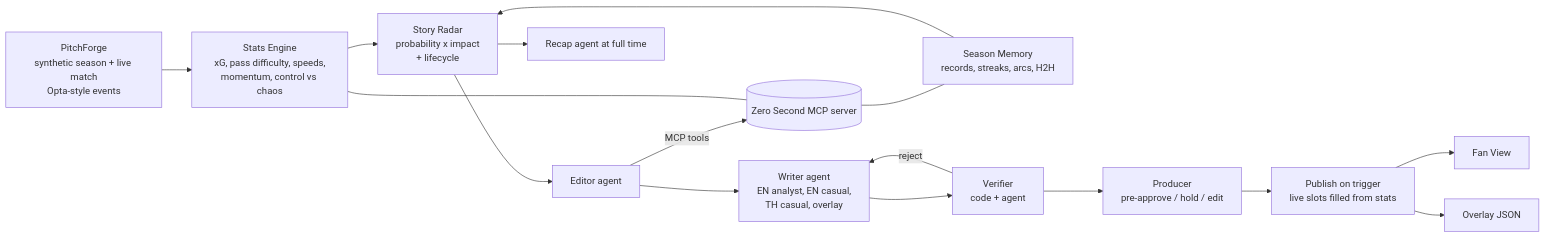
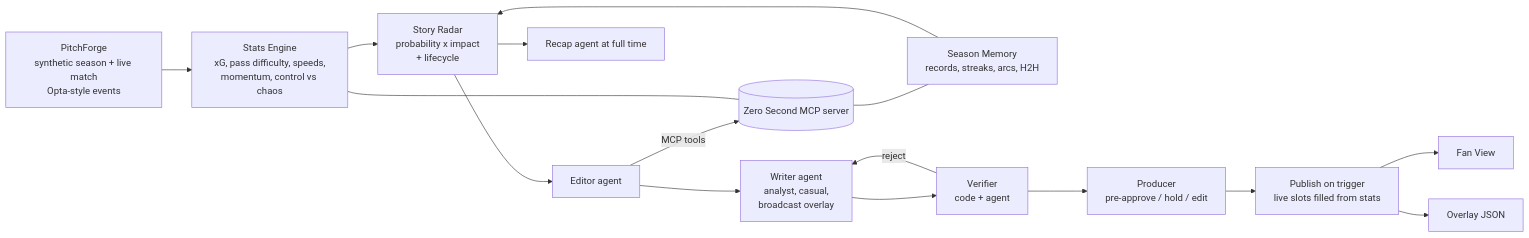
One commit to Warotpete/zero-second changed the diagram in README.md. Above: the diagram before and after it, drawn with Mermaid. The commit also changed other lines of this file and 14 other files, not shown here.

````diff
--- a/README.md
+++ b/README.md
@@ -30,18 +30,18 @@
 ```mermaid
 flowchart LR
   PF[PitchForge<br/>synthetic season + live match<br/>Opta-style events] --> SE[Stats Engine<br/>xG, pass difficulty, speeds,<br/>momentum, control vs chaos]
   SE --> SR[Story Radar<br/>probability x impact<br/>+ lifecycle]
   SM[Season Memory<br/>records, streaks, arcs, H2H] --> SR
   SR --> ED[Editor agent]
   ED -- MCP tools --> MCP[(Zero Second MCP server)]
   MCP --- SE
   MCP --- SM
-  ED --> WR[Writer agent<br/>EN analyst, EN casual,<br/>TH casual, overlay]
+  ED --> WR[Writer agent<br/>analyst, casual,<br/>broadcast overlay]
   WR --> VE[Verifier<br/>code + agent]
   VE -- reject --> WR
   VE --> PR[Producer<br/>pre-approve / hold / edit]
   PR --> PUB[Publish on trigger<br/>live slots filled from stats]
   PUB --> FAN[Fan View]
   PUB --> OVL[Overlay JSON]
   SR --> RC[Recap agent at full time]
 ```
````
